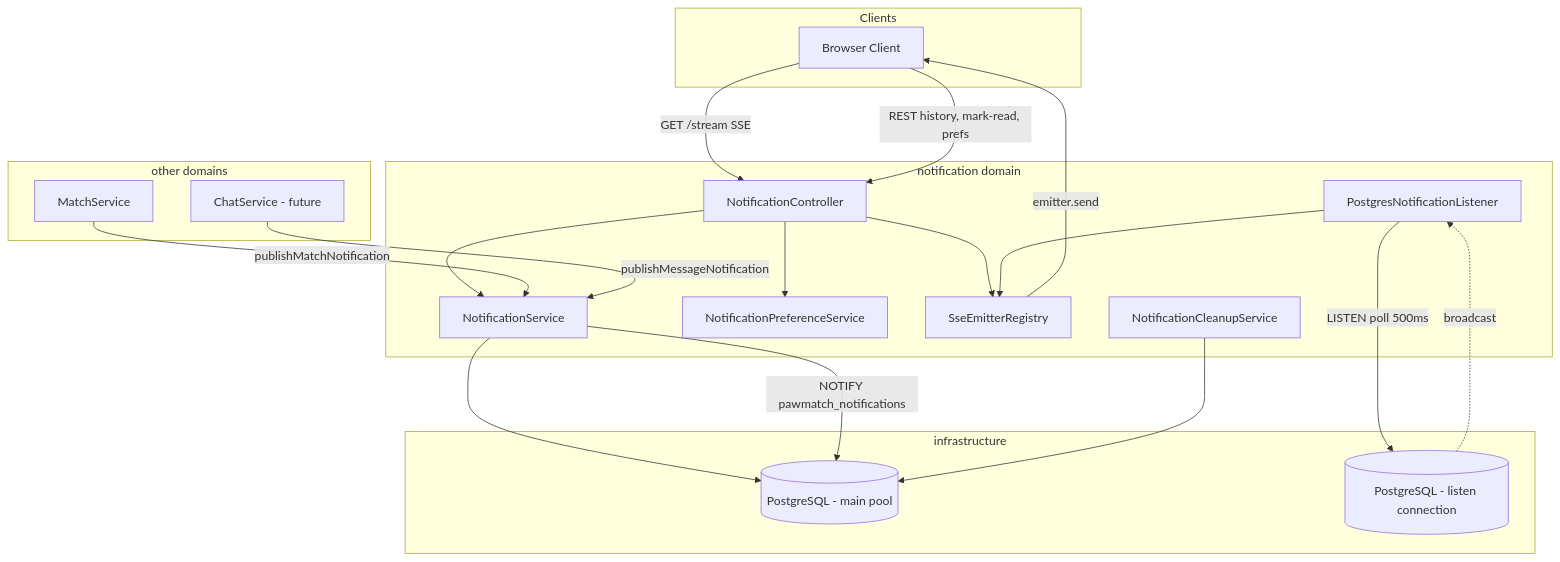
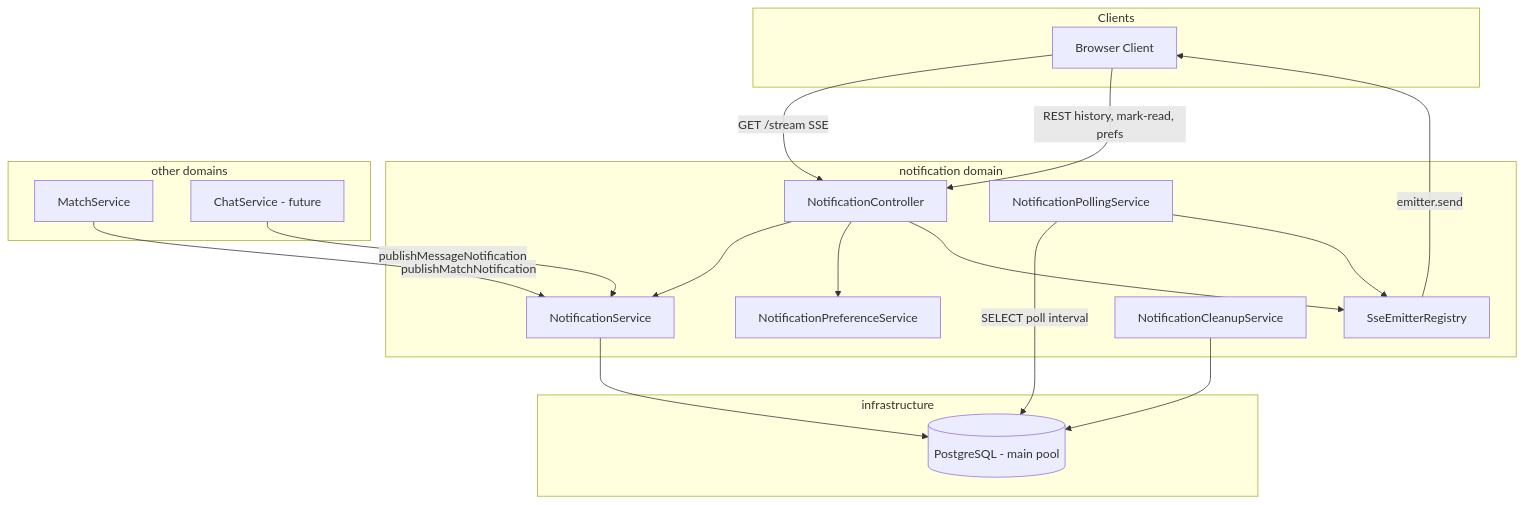
Before and after one commit to matteocodogno/tinder4dogs: the first of 4 diagrams in .kiro/specs/in-app-notifications/design.md, drawn with Mermaid. The commit also changed other lines of this file and 4 other files, not shown here.

````diff
--- a/.kiro/specs/in-app-notifications/design.md
+++ b/.kiro/specs/in-app-notifications/design.md
@@ -35,40 +35,37 @@
 ```mermaid
 graph TB
     subgraph Clients
         Browser[Browser Client]
     end
 
     subgraph NotifDomain [notification domain]
         Controller[NotificationController]
         Service[NotificationService]
         PrefService[NotificationPreferenceService]
         Registry[SseEmitterRegistry]
-        Listener[PostgresNotificationListener]
+        Poller[NotificationPollingService]
         Cleanup[NotificationCleanupService]
     end
 
     subgraph OtherDomains [other domains]
         MatchSvc[MatchService]
         ChatSvc[ChatService - future]
     end
 
     subgraph Storage [infrastructure]
         PG[(PostgreSQL - main pool)]
-        PGListen[(PostgreSQL - listen connection)]
     end
 
     Browser -->|GET /stream SSE| Controller
     Browser -->|REST history, mark-read, prefs| Controller
     Controller --> Service
     Controller --> PrefService
     Controller --> Registry
     MatchSvc -->|publishMatchNotification| Service
     ChatSvc -->|publishMessageNotification| Service
     Service --> PG
-    Service -->|NOTIFY pawmatch_notifications| PG
-    Listener -->|LISTEN poll 500ms| PGListen
-    PGListen -.->|broadcast| Listener
-    Listener --> Registry
+    Poller -->|SELECT poll interval| PG
+    Poller --> Registry
     Registry -->|emitter.send| Browser
     Cleanup --> PG
 ```
````
